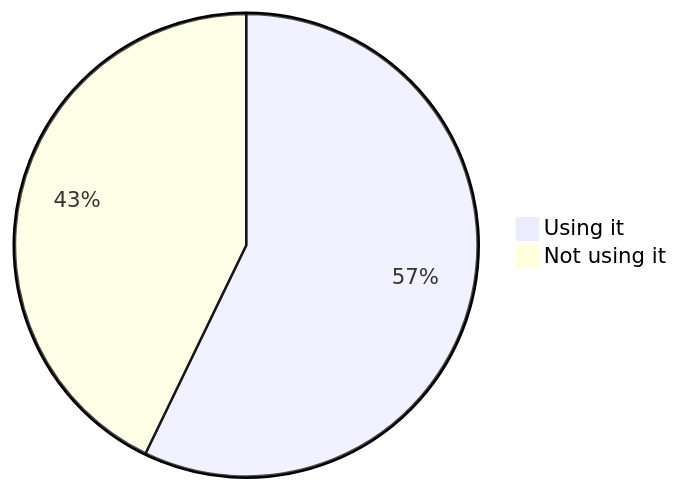
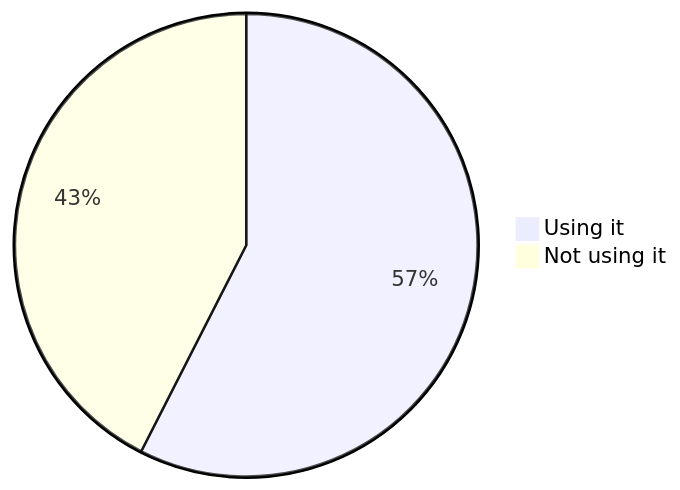
The second of 22 diagrams in stats.md (oshp/oshp-stats), drawn with Mermaid before and after one commit. The commit also changed other lines of this file, not shown here.

````diff
--- a/stats.md
+++ b/stats.md
@@ -22,6 +22,6 @@
 ```mermaid
 pie
-	"Using it" : 57.17
-	"Not using it" : 42.83
+	"Using it" : 57.5
+	"Not using it" : 42.5
 
 ```
````
